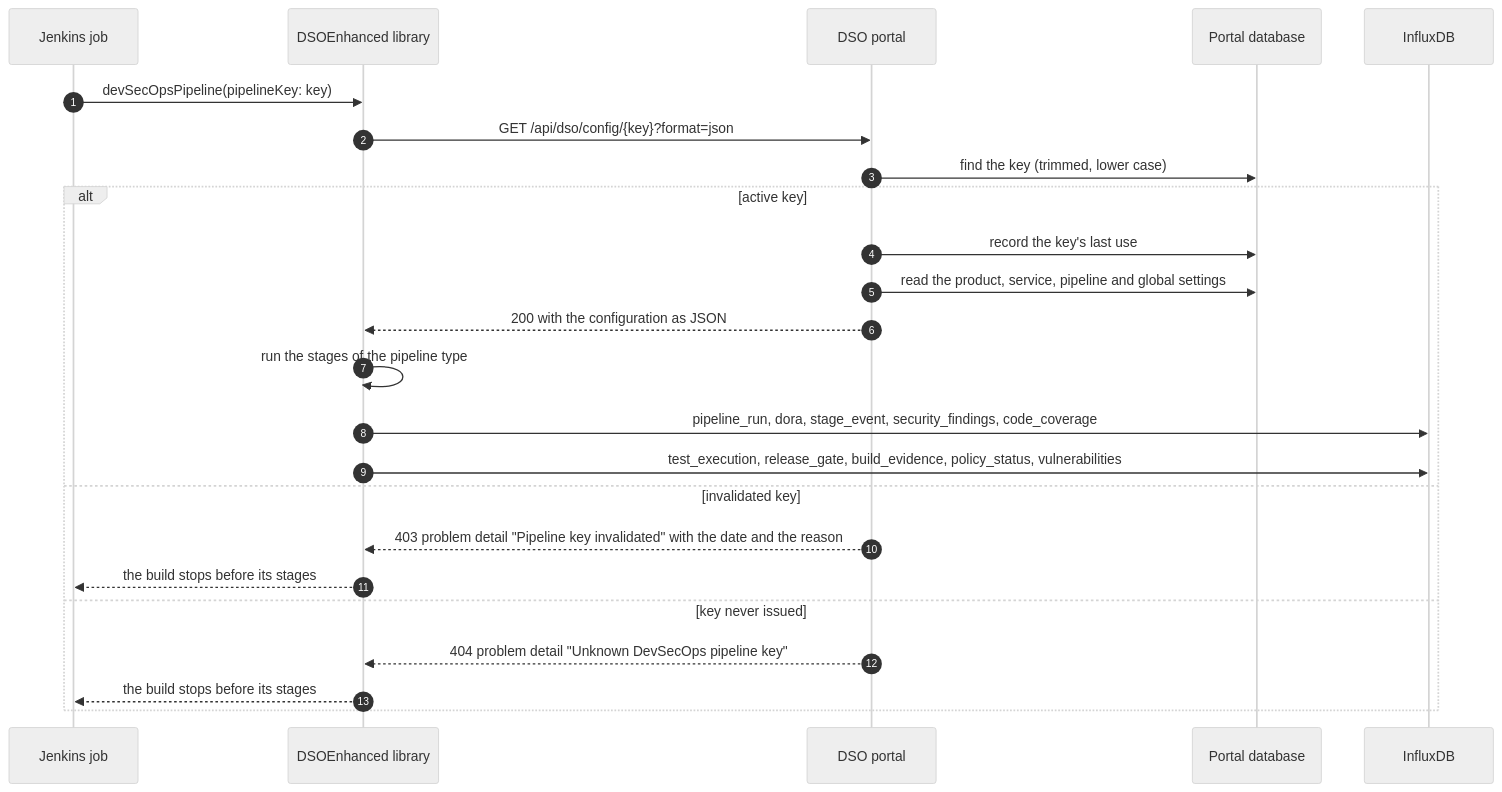
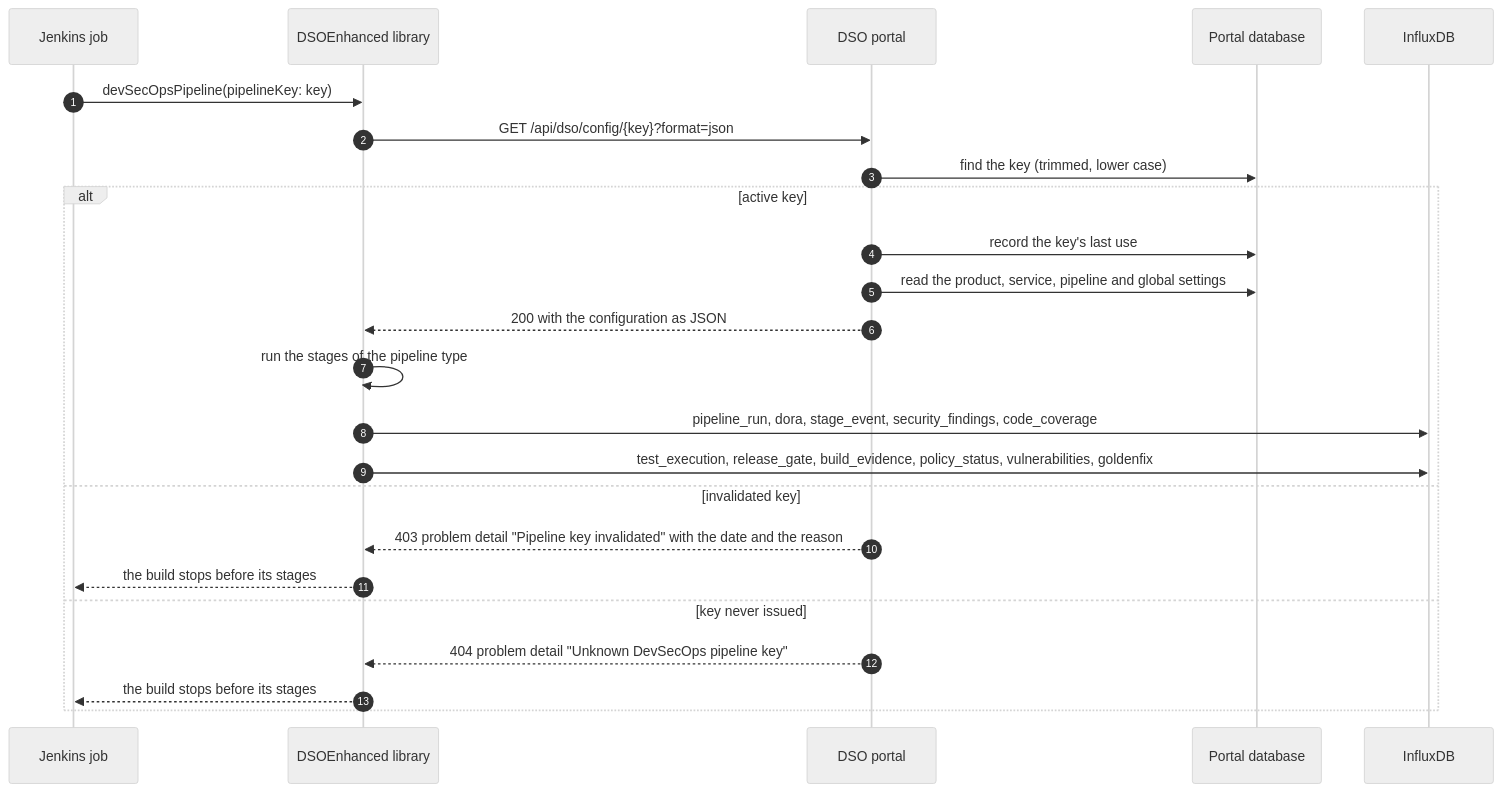
One commit to mateuszmatan/DSOMgmtPortal changed the sixth of 6 diagrams in README.md. Above: the diagram before and after it, drawn with Mermaid (neutral theme). The commit also changed other lines of this file and 71 other files, not shown here.

````diff
--- a/README.md
+++ b/README.md
@@ -430,26 +444,26 @@
 ```mermaid
 sequenceDiagram
     autonumber
     participant J as Jenkins job
     participant L as DSOEnhanced library
     participant P as DSO portal
     participant D as Portal database
     participant I as InfluxDB
     J->>L: devSecOpsPipeline(pipelineKey: key)
     L->>P: GET /api/dso/config/{key}?format=json
     P->>D: find the key (trimmed, lower case)
     alt active key
         P->>D: record the key's last use
         P->>D: read the product, service, pipeline and global settings
         P-->>L: 200 with the configuration as JSON
         L->>L: run the stages of the pipeline type
         L->>I: pipeline_run, dora, stage_event, security_findings, code_coverage
-        L->>I: test_execution, release_gate, build_evidence, policy_status, vulnerabilities
+        L->>I: test_execution, release_gate, build_evidence, policy_status, vulnerabilities, goldenfix
     else invalidated key
         P-->>L: 403 problem detail "Pipeline key invalidated" with the date and the reason
         L-->>J: the build stops before its stages
     else key never issued
         P-->>L: 404 problem detail "Unknown DevSecOps pipeline key"
         L-->>J: the build stops before its stages
     end
 ```
````
